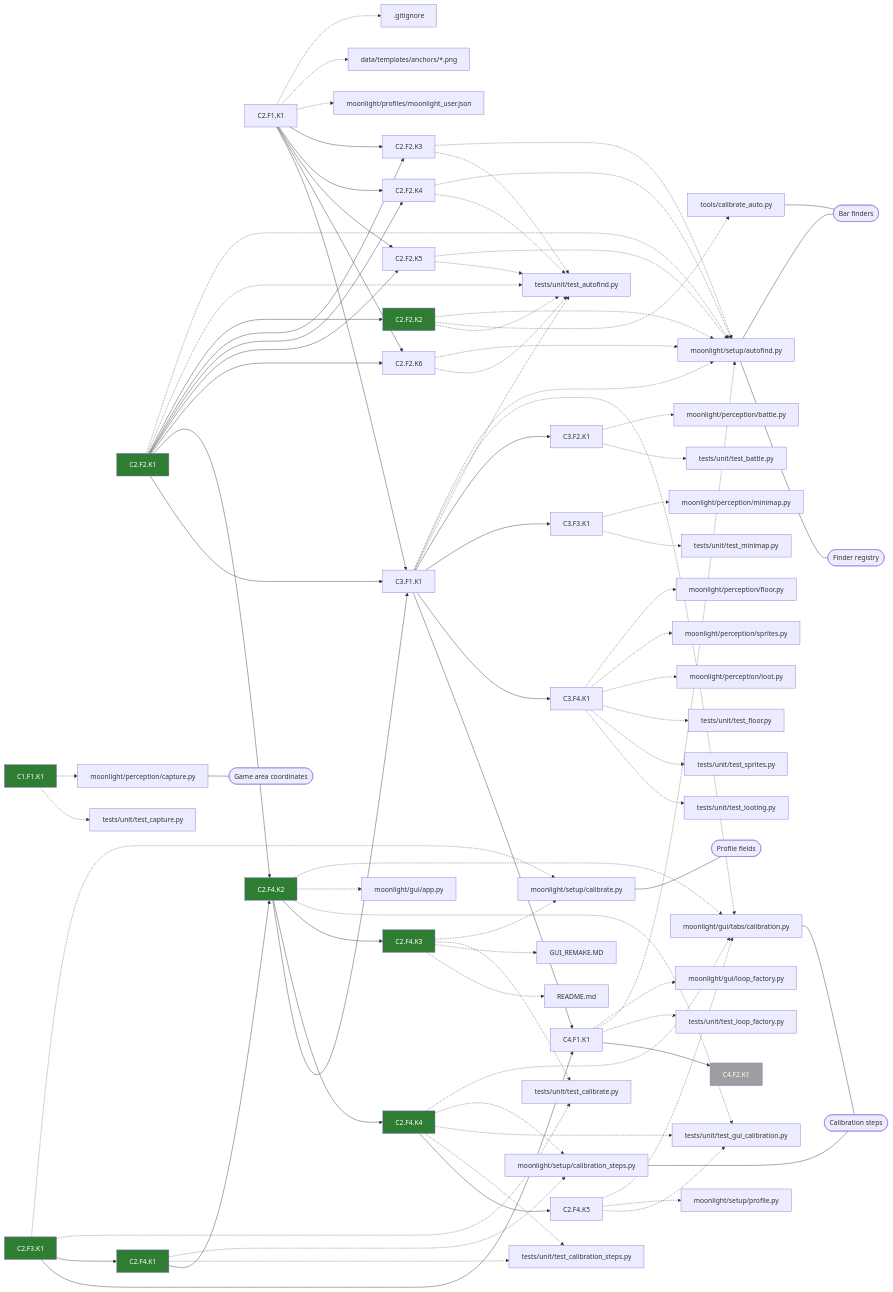
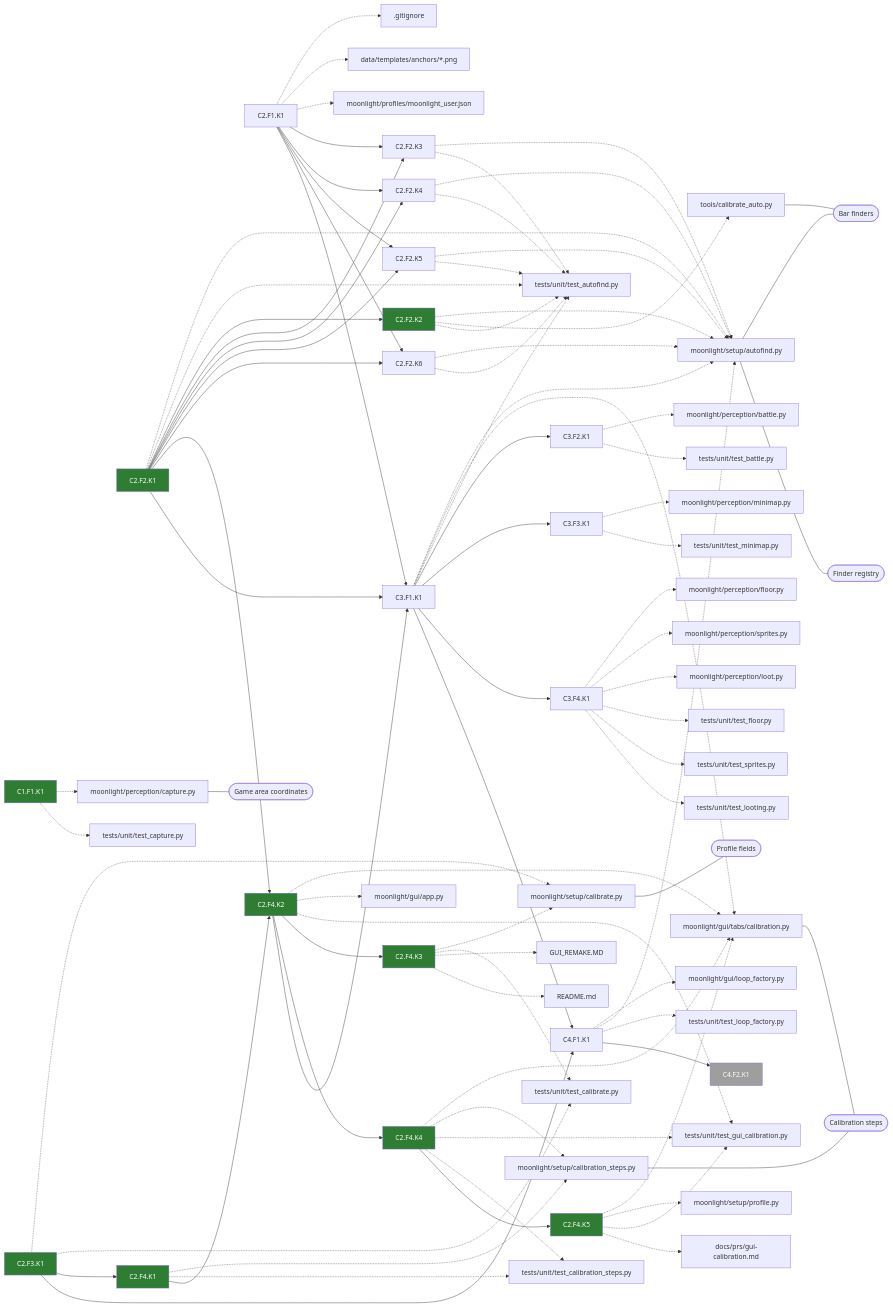
One commit to Mascotte33/Moonlight changed the diagram in docs/prs/gui-calibration.md. Above: the diagram before and after it, drawn with Mermaid. The commit also changed other lines of this file and 4 other files, not shown here.

````diff
--- a/docs/prs/gui-calibration.md
+++ b/docs/prs/gui-calibration.md
@@ -83,7 +84,7 @@
   t10["C2.F4.K2"]:::done
   t11["C2.F4.K3"]:::done
   t12["C2.F4.K4"]:::done
-  t13["C2.F4.K5"]
+  t13["C2.F4.K5"]:::done
   t14["C3.F1.K1"]
   t15["C3.F2.K1"]
   t16["C3.F3.K1"]
@@ -94,118 +95,120 @@
   f1["GUI_REMAKE.MD"]
   f2["README.md"]
   f3["data/templates/anchors/*.png"]
-  f4["moonlight/gui/app.py"]
-  f5["moonlight/gui/loop_factory.py"]
-  f6["moonlight/gui/tabs/calibration.py"]
-  f7["moonlight/perception/battle.py"]
-  f8["moonlight/perception/capture.py"]
-  f9["moonlight/perception/floor.py"]
-  f10["moonlight/perception/loot.py"]
-  f11["moonlight/perception/minimap.py"]
-  f12["moonlight/perception/sprites.py"]
-  f13["moonlight/profiles/moonlight_user.json"]
-  f14["moonlight/setup/autofind.py"]
-  f15["moonlight/setup/calibrate.py"]
-  f16["moonlight/setup/calibration_steps.py"]
-  f17["moonlight/setup/profile.py"]
-  f18["tests/unit/test_autofind.py"]
-  f19["tests/unit/test_battle.py"]
-  f20["tests/unit/test_calibrate.py"]
-  f21["tests/unit/test_calibration_steps.py"]
-  f22["tests/unit/test_capture.py"]
-  f23["tests/unit/test_floor.py"]
-  f24["tests/unit/test_gui_calibration.py"]
-  f25["tests/unit/test_loop_factory.py"]
-  f26["tests/unit/test_looting.py"]
-  f27["tests/unit/test_minimap.py"]
-  f28["tests/unit/test_sprites.py"]
-  f29["tools/calibrate_auto.py"]
+  f4["docs/prs/gui-calibration.md"]
+  f5["moonlight/gui/app.py"]
+  f6["moonlight/gui/loop_factory.py"]
+  f7["moonlight/gui/tabs/calibration.py"]
+  f8["moonlight/perception/battle.py"]
+  f9["moonlight/perception/capture.py"]
+  f10["moonlight/perception/floor.py"]
+  f11["moonlight/perception/loot.py"]
+  f12["moonlight/perception/minimap.py"]
+  f13["moonlight/perception/sprites.py"]
+  f14["moonlight/profiles/moonlight_user.json"]
+  f15["moonlight/setup/autofind.py"]
+  f16["moonlight/setup/calibrate.py"]
+  f17["moonlight/setup/calibration_steps.py"]
+  f18["moonlight/setup/profile.py"]
+  f19["tests/unit/test_autofind.py"]
+  f20["tests/unit/test_battle.py"]
+  f21["tests/unit/test_calibrate.py"]
+  f22["tests/unit/test_calibration_steps.py"]
+  f23["tests/unit/test_capture.py"]
+  f24["tests/unit/test_floor.py"]
+  f25["tests/unit/test_gui_calibration.py"]
+  f26["tests/unit/test_loop_factory.py"]
+  f27["tests/unit/test_looting.py"]
+  f28["tests/unit/test_minimap.py"]
+  f29["tests/unit/test_sprites.py"]
+  f30["tools/calibrate_auto.py"]
   c0(["Bar finders"])
   c1(["Calibration steps"])
   c2(["Finder registry"])
   c3(["Game area coordinates"])
   c4(["Profile fields"])
-  t0 -.-> f8
-  t0 -.-> f22
+  t0 -.-> f9
+  t0 -.-> f23
   t1 -.-> f0
   t1 -.-> f3
-  t1 -.-> f13
-  t2 -.-> f14
-  t2 -.-> f18
+  t1 -.-> f14
+  t2 -.-> f15
+  t2 -.-> f19
   t2 --> t3
-  t3 -.-> f14
-  t3 -.-> f29
-  t3 -.-> f18
+  t3 -.-> f15
+  t3 -.-> f30
+  t3 -.-> f19
   t1 --> t4
   t2 --> t4
-  t4 -.-> f14
-  t4 -.-> f18
+  t4 -.-> f15
+  t4 -.-> f19
   t1 --> t5
   t2 --> t5
-  t5 -.-> f14
-  t5 -.-> f18
+  t5 -.-> f15
+  t5 -.-> f19
   t1 --> t6
   t2 --> t6
-  t6 -.-> f14
-  t6 -.-> f18
+  t6 -.-> f15
+  t6 -.-> f19
   t1 --> t7
   t2 --> t7
-  t7 -.-> f14
-  t7 -.-> f18
-  t8 -.-> f15
-  t8 -.-> f20
+  t7 -.-> f15
+  t7 -.-> f19
+  t8 -.-> f16
+  t8 -.-> f21
   t8 --> t9
-  t9 -.-> f16
-  t9 -.-> f21
+  t9 -.-> f17
+  t9 -.-> f22
   t9 --> t10
   t2 --> t10
-  t10 -.-> f6
-  t10 -.-> f4
-  t10 -.-> f24
+  t10 -.-> f7
+  t10 -.-> f5
+  t10 -.-> f25
   t10 --> t11
-  t11 -.-> f15
-  t11 -.-> f20
+  t11 -.-> f16
+  t11 -.-> f21
   t11 -.-> f1
   t11 -.-> f2
   t10 --> t12
-  t12 -.-> f6
-  t12 -.-> f16
-  t12 -.-> f24
-  t12 -.-> f21
+  t12 -.-> f7
+  t12 -.-> f17
+  t12 -.-> f25
+  t12 -.-> f22
   t12 --> t13
-  t13 -.-> f6
-  t13 -.-> f17
-  t13 -.-> f24
+  t13 -.-> f7
+  t13 -.-> f18
+  t13 -.-> f25
+  t13 -.-> f4
   t1 --> t14
   t2 --> t14
   t10 --> t14
-  t14 -.-> f14
-  t14 -.-> f6
-  t14 -.-> f18
+  t14 -.-> f15
+  t14 -.-> f7
+  t14 -.-> f19
   t14 --> t15
-  t15 -.-> f7
-  t15 -.-> f19
+  t15 -.-> f8
+  t15 -.-> f20
   t14 --> t16
-  t16 -.-> f11
-  t16 -.-> f27
+  t16 -.-> f12
+  t16 -.-> f28
   t14 --> t17
-  t17 -.-> f9
-  t17 -.-> f12
   t17 -.-> f10
-  t17 -.-> f23
-  t17 -.-> f28
-  t17 -.-> f26
+  t17 -.-> f13
+  t17 -.-> f11
+  t17 -.-> f24
+  t17 -.-> f29
+  t17 -.-> f27
   t8 --> t18
   t14 --> t18
-  t18 -.-> f5
-  t18 -.-> f14
-  t18 -.-> f25
+  t18 -.-> f6
+  t18 -.-> f15
+  t18 -.-> f26
   t18 --> t19
-  f6 --- c1
-  f8 --- c3
-  f14 --- c0
-  f14 --- c2
-  f15 --- c4
-  f16 --- c1
-  f29 --- c0
+  f7 --- c1
+  f9 --- c3
+  f15 --- c0
+  f15 --- c2
+  f16 --- c4
+  f17 --- c1
+  f30 --- c0
 ```
````
